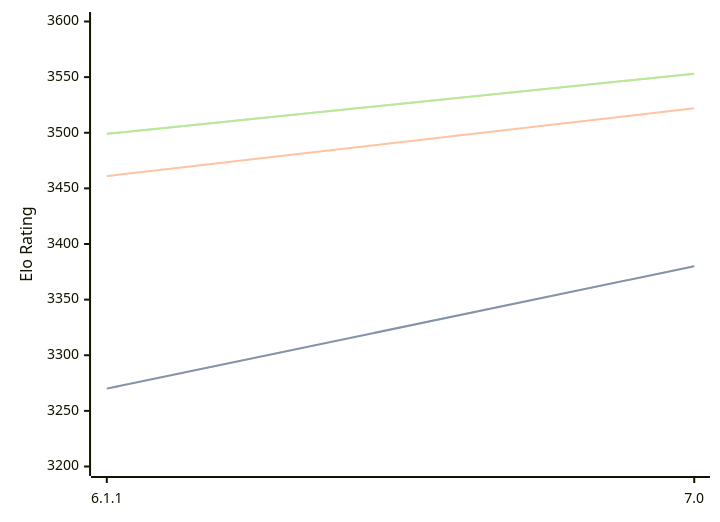
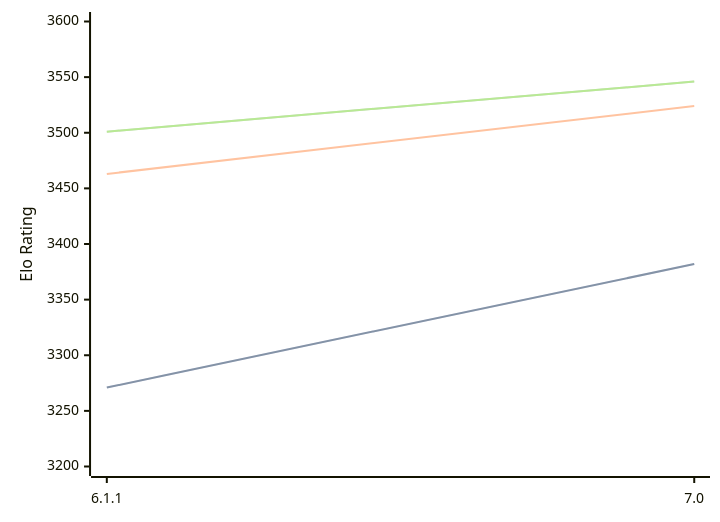
One commit to computer-chess-index/cci changed the third of 3 diagrams in engines/Astra.md. Above: the diagram before and after it, drawn with Mermaid. The commit also changed other lines of this file, not shown here.

Commit message:
Update CCI Ratings (ELO VLTC) - 2026-07-02

````diff
--- a/engines/Astra.md
+++ b/engines/Astra.md
@@ -77,11 +77,11 @@
 ```mermaid
 %%{init: {"theme":"base","themeVariables":{"seriesColors:['#a3a3a3','#222221','#faa371']}}}%%
 xychart-beta
   x-axis ["6.1.1", "7.0"]
   y-axis "Elo Rating" 3200 --> 3600
-  line "STC (8.0+0.08s)" [3270, 3380]
-  line "STC (8.0+0.08s)" [3270, 3380]
-  line "LTC (60.0+0.60s)" [3461, 3522]
-  line "VLTC (2m24s+1.12s)" [3499, 3553]
-  line "VLTC (2m24s+1.12s)" [3499, 3553]
+  line "STC (8.0+0.08s)" [3271, 3382]
+  line "STC (8.0+0.08s)" [3271, 3382]
+  line "LTC (60.0+0.60s)" [3463, 3524]
+  line "VLTC (2m24s+1.12s)" [3501, 3546]
+  line "VLTC (2m24s+1.12s)" [3501, 3546]
 ```
````
